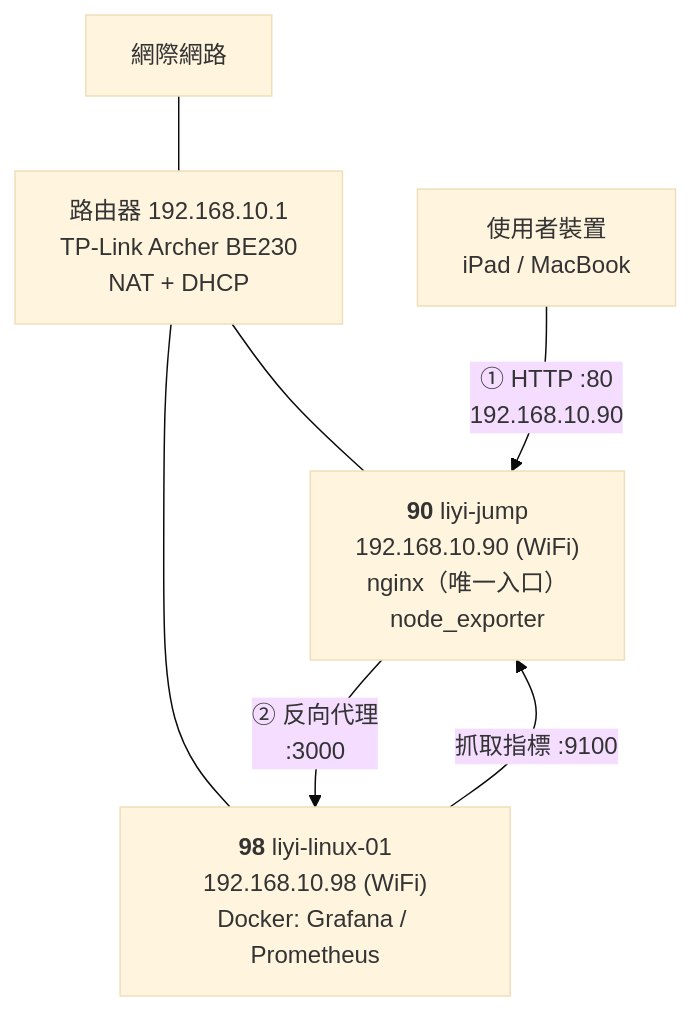
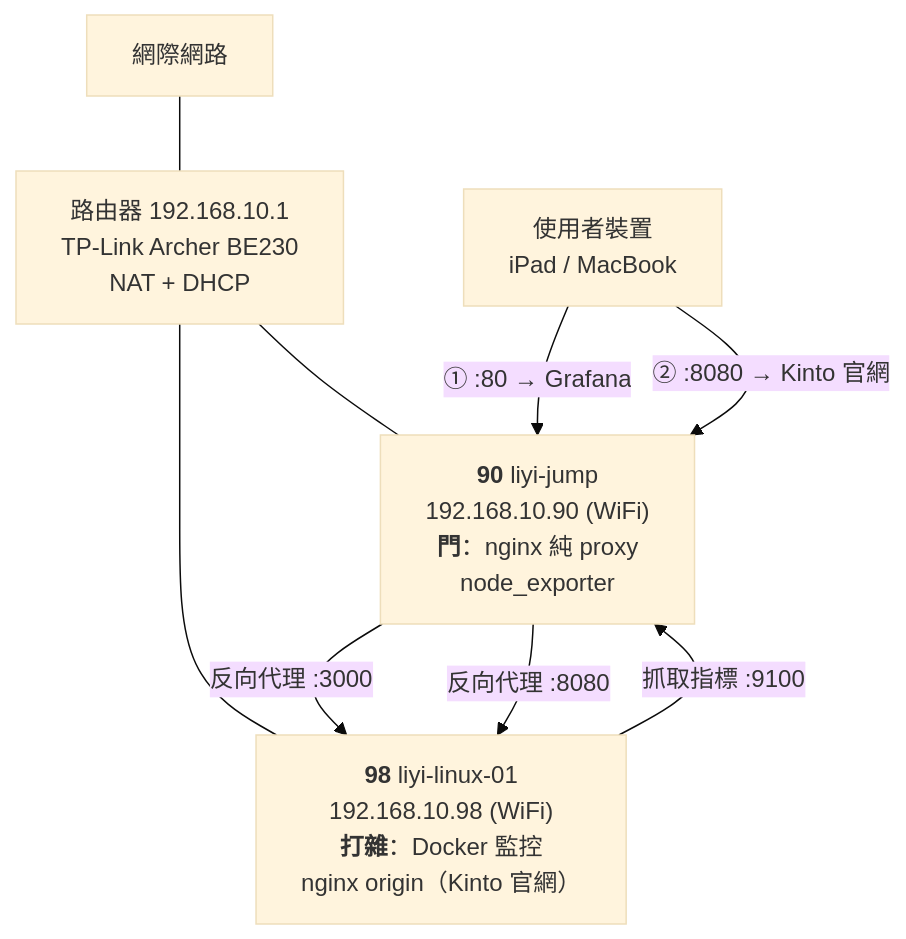
The diagram in playground/liyi-server/架構現況.md (liyibass/software-engineer-roadmap), drawn with Mermaid (base theme) before and after one commit. The commit also changed other lines of this file and 4 other files, not shown here.

````diff
--- a/playground/liyi-server/架構現況.md
+++ b/playground/liyi-server/架構現況.md
@@ -11,15 +11,17 @@
 ```mermaid
 graph TB
     NET["網際網路"]
     R["路由器 192.168.10.1<br/>TP-Link Archer BE230<br/>NAT + DHCP"]
-    J["<b>90</b> liyi-jump<br/>192.168.10.90 (WiFi)<br/>nginx（唯一入口）<br/>node_exporter"]
-    S["<b>98</b> liyi-linux-01<br/>192.168.10.98 (WiFi)<br/>Docker: Grafana / Prometheus"]
+    J["<b>90</b> liyi-jump<br/>192.168.10.90 (WiFi)<br/><b>門</b>：nginx 純 proxy<br/>node_exporter"]
+    S["<b>98</b> liyi-linux-01<br/>192.168.10.98 (WiFi)<br/><b>打雜</b>：Docker 監控<br/>nginx origin（Kinto 官網）"]
     U["使用者裝置<br/>iPad / MacBook"]
 
     NET --- R
     R --- J
     R --- S
-    U -->|"① HTTP :80<br/>192.168.10.90"| J
-    J -->|"② 反向代理<br/>:3000"| S
+    U -->|"① :80 → Grafana"| J
+    U -->|"② :8080 → Kinto 官網"| J
+    J -->|"反向代理 :3000"| S
+    J -->|"反向代理 :8080"| S
     S -->|"抓取指標 :9100"| J
 ```
````
